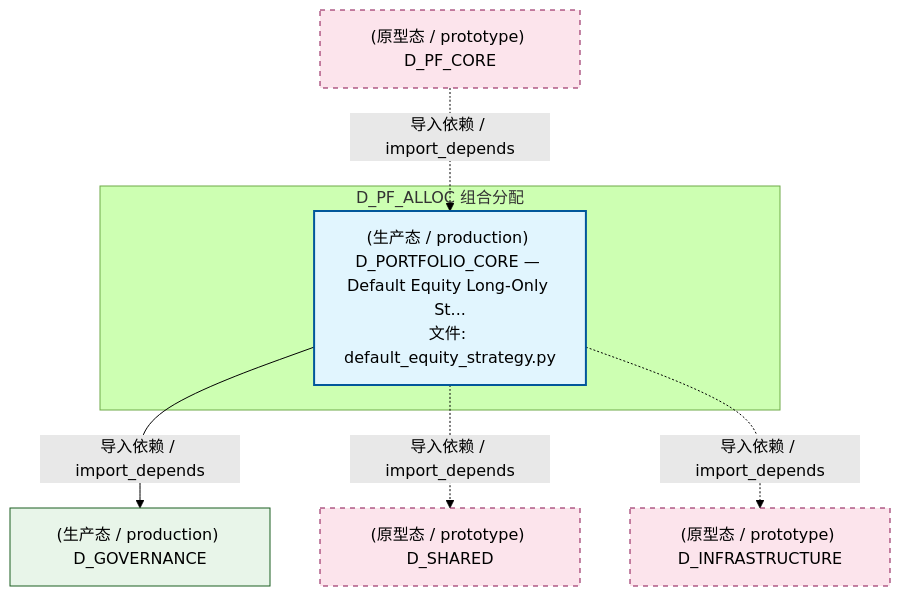
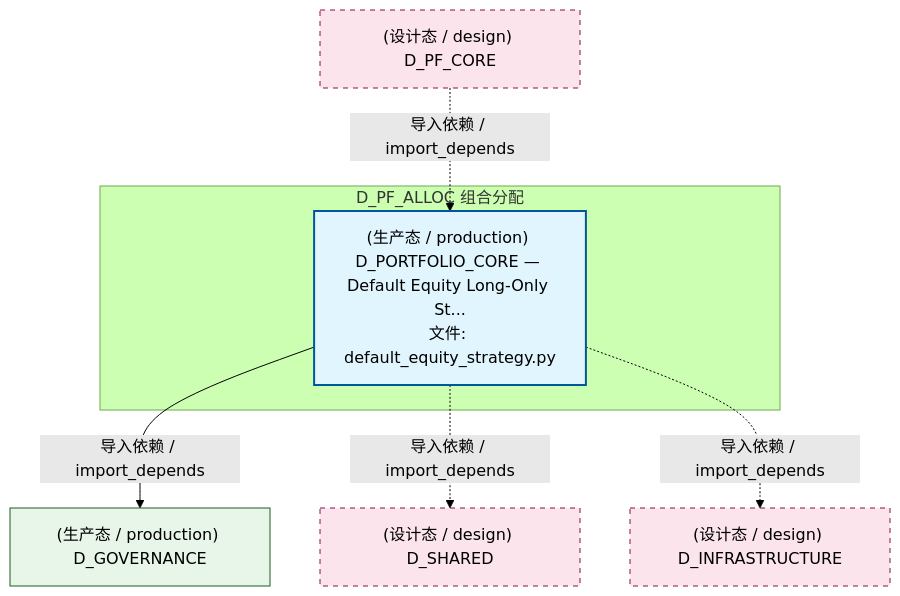
One commit to xuanFelixVan/ZephyrAlpha changed the second of 4 diagrams in docs/02_enterprise_architecture/02_domain_architecture_docs/51_d_pf_alloc.md. Above: the diagram before and after it, drawn with Mermaid (forest theme). The commit also changed other lines of this file and 177 other files, not shown here.

````diff
--- a/docs/02_enterprise_architecture/02_domain_architecture_docs/51_d_pf_alloc.md
+++ b/docs/02_enterprise_architecture/02_domain_architecture_docs/51_d_pf_alloc.md
@@ -98,21 +97,21 @@
 ```mermaid
 graph TD
     subgraph D_PF_ALLOC["D_PF_ALLOC 组合分配"]
         src_zephyr_pf_core_default_equity_strategy_py["(生产态 / production) D_PORTFOLIO_CORE — Default Equity Long-Only St...<br/>文件: default_equity_strategy.py"]
     end
     D_GOVERNANCE["(生产态 / production) D_GOVERNANCE"]
     src_zephyr_pf_core_default_equity_strategy_py -->|导入依赖 / import_depends| D_GOVERNANCE
-    D_SHARED["(原型态 / prototype) D_SHARED"]
+    D_SHARED["(设计态 / design) D_SHARED"]
     src_zephyr_pf_core_default_equity_strategy_py -.->|导入依赖 / import_depends| D_SHARED
-    D_INFRASTRUCTURE["(原型态 / prototype) D_INFRASTRUCTURE"]
+    D_INFRASTRUCTURE["(设计态 / design) D_INFRASTRUCTURE"]
     src_zephyr_pf_core_default_equity_strategy_py -.->|导入依赖 / import_depends| D_INFRASTRUCTURE
-    D_PF_CORE["(原型态 / prototype) D_PF_CORE"]
+    D_PF_CORE["(设计态 / design) D_PF_CORE"]
     D_PF_CORE -.->|导入依赖 / import_depends| src_zephyr_pf_core_default_equity_strategy_py
     classDef production fill:#e1f5fe,stroke:#01579b,stroke-width:2px,color:#000
     classDef design fill:#fff3e0,stroke:#e65100,stroke-width:2px,color:#000,stroke-dasharray: 5 5
     classDef external_prod fill:#e8f5e9,stroke:#1b5e20,stroke-width:1px,color:#000
     classDef external_design fill:#fce4ec,stroke:#880e4f,stroke-width:1px,color:#000,stroke-dasharray: 5 5
     class src_zephyr_pf_core_default_equity_strategy_py production
     class D_GOVERNANCE external_prod
     class D_SHARED,D_INFRASTRUCTURE,D_PF_CORE external_design
 ```
````
